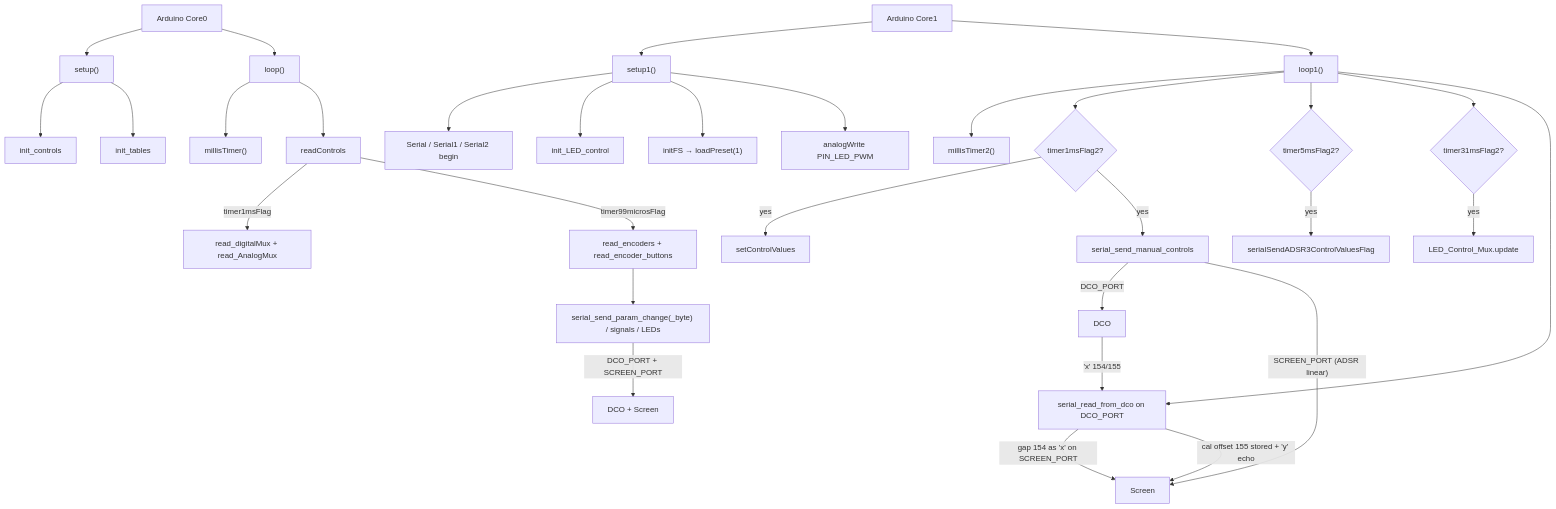
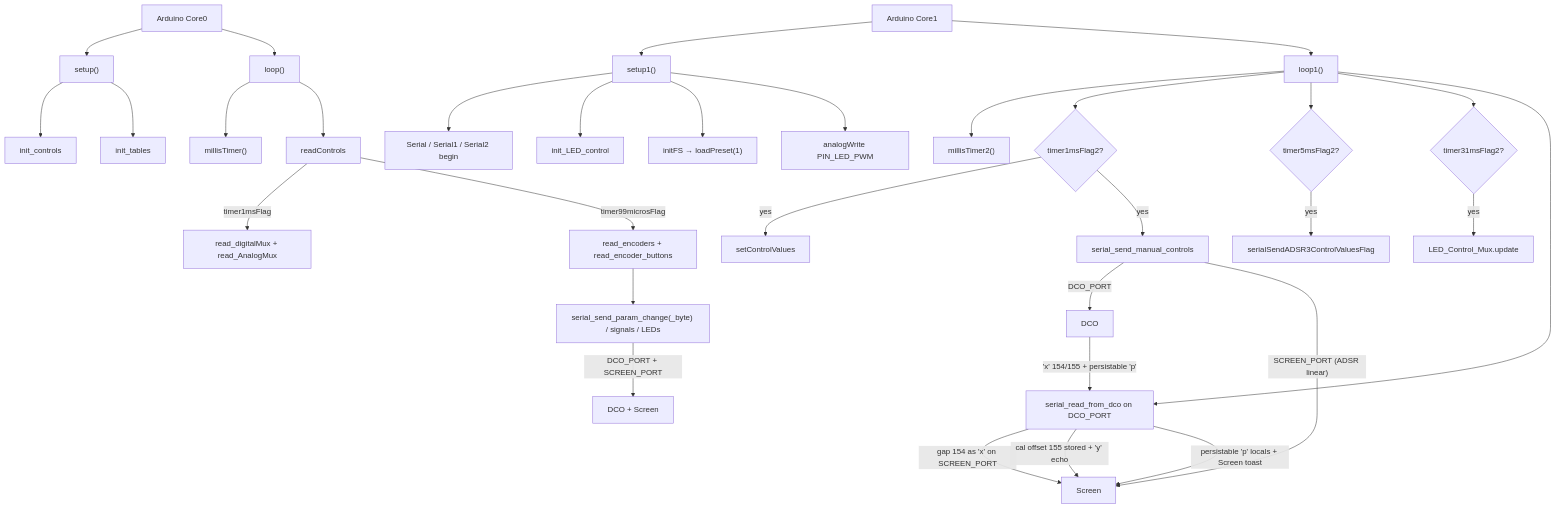
One commit to felipegaspari/DCO3-MONOSYNTH-INPUT-CONTROLLER changed the diagram in docs/FILE_INDEX.md. Above: the diagram before and after it, drawn with Mermaid. The commit also changed other lines of this file and 9 other files, not shown here.

````diff
--- a/docs/FILE_INDEX.md
+++ b/docs/FILE_INDEX.md
@@ -22,38 +22,39 @@
 ```mermaid
 flowchart TD
   fw0["Arduino Core0"] --> setup0["setup()"]
   fw0 --> loop0["loop()"]
   fw1["Arduino Core1"] --> setup1["setup1()"]
   fw1 --> loop1["loop1()"]
 
   setup0 --> initCtrl["init_controls"]
   setup0 --> initTab["init_tables"]
 
   setup1 --> uartBegin["Serial / Serial1 / Serial2 begin"]
   setup1 --> initLed["init_LED_control"]
   setup1 --> initFs["initFS → loadPreset(1)"]
   setup1 --> ledPwm["analogWrite PIN_LED_PWM"]
 
   loop0 --> millis0["millisTimer()"]
   loop0 --> readCtrl["readControls"]
   readCtrl -->|timer1msFlag| mux["read_digitalMux + read_AnalogMux"]
   readCtrl -->|timer99microsFlag| encBtn["read_encoders + read_encoder_buttons"]
   encBtn --> paramTx["serial_send_param_change(_byte) / signals / LEDs"]
 
   loop1 --> millis1["millisTimer2()"]
   loop1 --> oneMs{"timer1msFlag2?"}
   oneMs -->|yes| setVals["setControlValues"]
   oneMs -->|yes| manSend["serial_send_manual_controls"]
   loop1 --> fiveMs{"timer5msFlag2?"}
   fiveMs -->|yes| adsr3Flag["serialSendADSR3ControlValuesFlag"]
   loop1 --> led31{"timer31msFlag2?"}
   led31 -->|yes| ledUpd["LED_Control_Mux.update"]
   loop1 --> rx1["serial_read_from_dco on DCO_PORT"]
 
   manSend -->|DCO_PORT| mb["DCO"]
   manSend -->|"SCREEN_PORT (ADSR linear)"| scr["Screen"]
   paramTx -->|"DCO_PORT + SCREEN_PORT"| peers["DCO + Screen"]
-  mb -->|"'x' 154/155"| rx1
+  mb -->|"'x' 154/155 + persistable 'p'"| rx1
   rx1 -->|"gap 154 as 'x' on SCREEN_PORT"| scr
   rx1 -->|"cal offset 155 stored + 'y' echo"| scr
+  rx1 -->|"persistable 'p' locals + Screen toast"| scr
 ```
````
